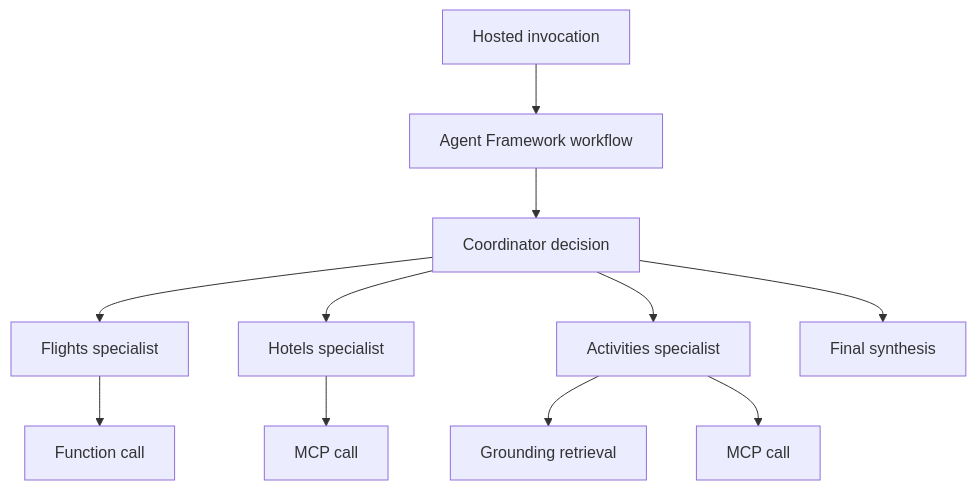
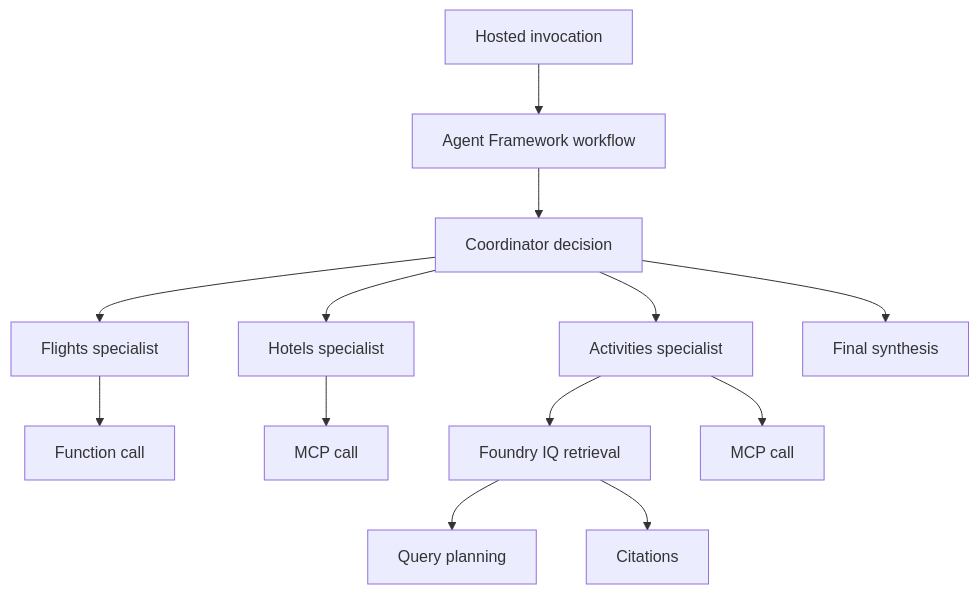
The fourth of 5 diagrams in docs/architecture.md (tmathew1000/foundry-multi-agent-developer-lab), drawn with Mermaid before and after one commit. The commit also changed other lines of this file and 37 other files, not shown here.

````diff
--- a/docs/architecture.md
+++ b/docs/architecture.md
@@ -90,13 +110,15 @@
 ```mermaid
 flowchart TB
     I[Hosted invocation] --> W[Agent Framework workflow]
     W --> C[Coordinator decision]
     C --> F[Flights specialist]
     F --> FC[Function call]
     C --> H[Hotels specialist]
     H --> MC[MCP call]
     C --> A[Activities specialist]
-    A --> GR[Grounding retrieval]
+    A --> GR[Foundry IQ retrieval]
+    GR --> QP[Query planning]
+    GR --> CI[Citations]
     A --> MA[MCP call]
     C --> S[Final synthesis]
 ```
````
